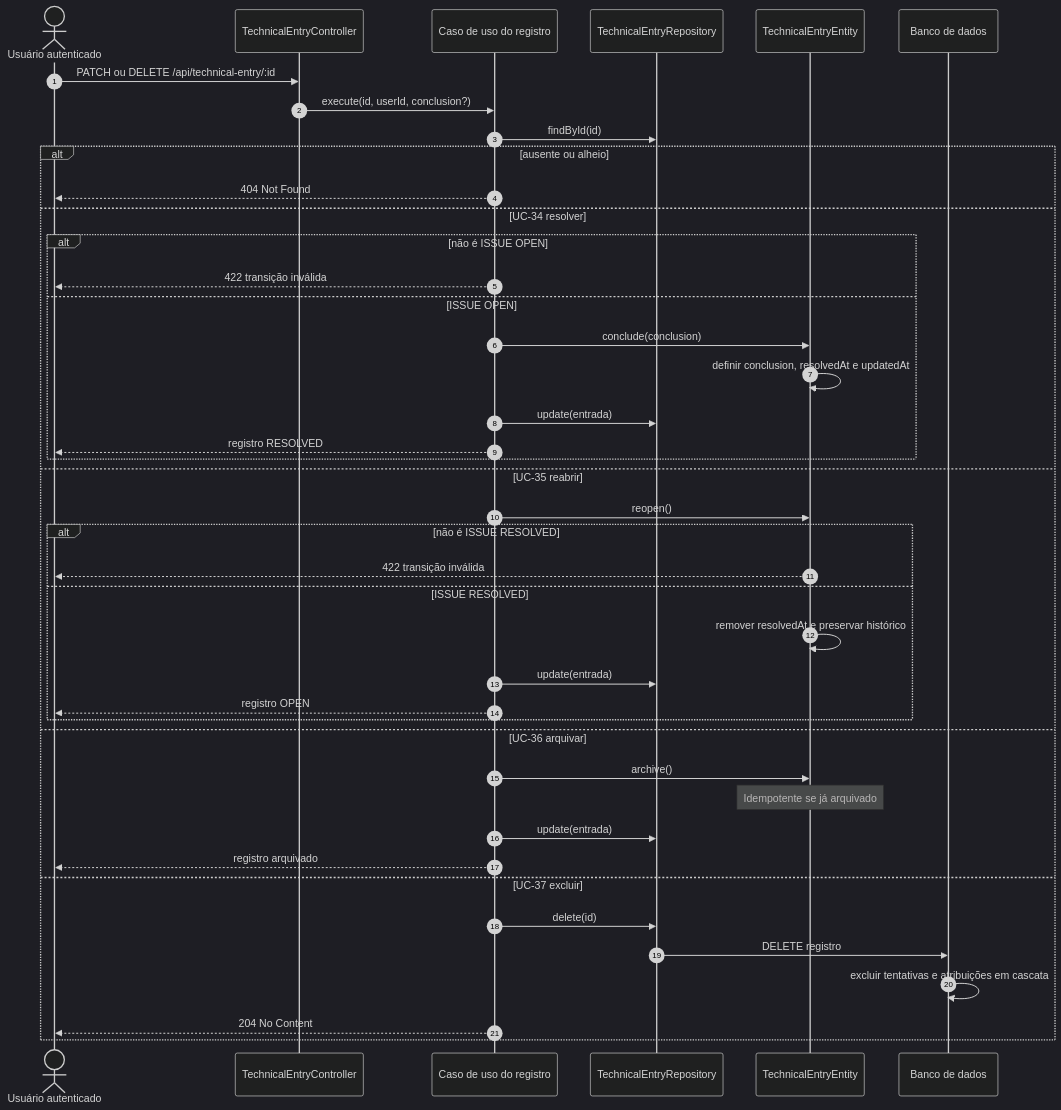
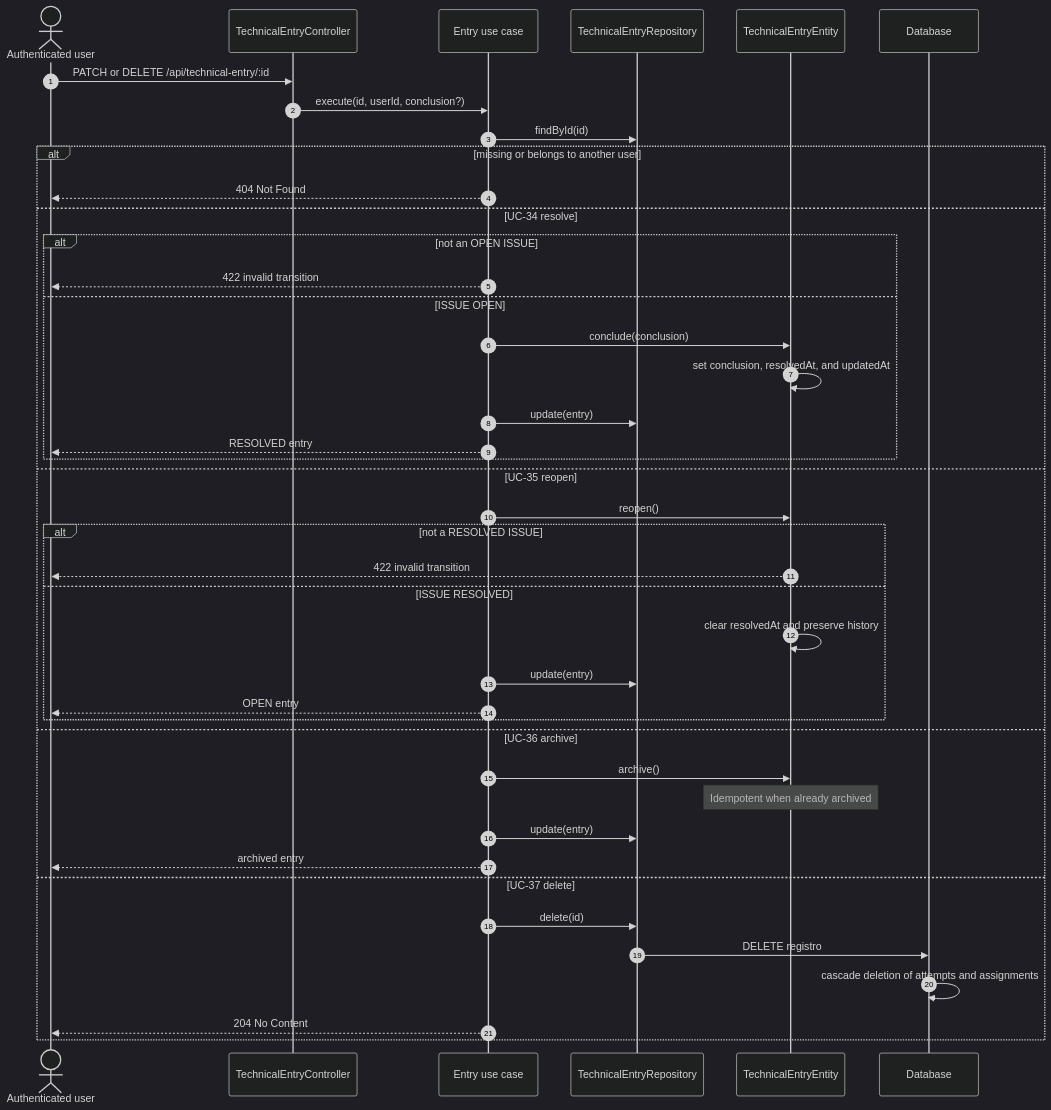
The fourth of 6 diagrams in docs/diagrams/sequences/technical-entries.md (Lucalopezz/DevLog), drawn with Mermaid (dark theme) before and after one commit. The commit also changed other lines of this file and 235 other files, not shown here.

````diff
--- a/docs/diagrams/sequences/technical-entries.md
+++ b/docs/diagrams/sequences/technical-entries.md
@@ -113,45 +113,45 @@
 ```mermaid
 sequenceDiagram
     autonumber
-    actor Usuario as Usuário autenticado
+    actor UserActor as Authenticated user
     participant C as TechnicalEntryController
-    participant UC as Caso de uso do registro
+    participant UC as Entry use case
     participant ERepo as TechnicalEntryRepository
     participant Entry as TechnicalEntryEntity
-    participant DB as Banco de dados
+    participant DB as Database
 
-    Usuario->>C: PATCH ou DELETE /api/technical-entry/:id
+    UserActor->>C: PATCH or DELETE /api/technical-entry/:id
     C->>UC: execute(id, userId, conclusion?)
     UC->>ERepo: findById(id)
-    alt ausente ou alheio
-        UC-->>Usuario: 404 Not Found
-    else UC-34 resolver
-        alt não é ISSUE OPEN
-            UC-->>Usuario: 422 transição inválida
+    alt missing or belongs to another user
+        UC-->>UserActor: 404 Not Found
+    else UC-34 resolve
+        alt not an OPEN ISSUE
+            UC-->>UserActor: 422 invalid transition
         else ISSUE OPEN
             UC->>Entry: conclude(conclusion)
-            Entry->>Entry: definir conclusion, resolvedAt e updatedAt
-            UC->>ERepo: update(entrada)
-            UC-->>Usuario: registro RESOLVED
+            Entry->>Entry: set conclusion, resolvedAt, and updatedAt
+            UC->>ERepo: update(entry)
+            UC-->>UserActor: RESOLVED entry
         end
-    else UC-35 reabrir
+    else UC-35 reopen
         UC->>Entry: reopen()
-        alt não é ISSUE RESOLVED
-            Entry-->>Usuario: 422 transição inválida
+        alt not a RESOLVED ISSUE
+            Entry-->>UserActor: 422 invalid transition
         else ISSUE RESOLVED
-            Entry->>Entry: remover resolvedAt e preservar histórico
-            UC->>ERepo: update(entrada)
-            UC-->>Usuario: registro OPEN
+            Entry->>Entry: clear resolvedAt and preserve history
+            UC->>ERepo: update(entry)
+            UC-->>UserActor: OPEN entry
         end
-    else UC-36 arquivar
+    else UC-36 archive
         UC->>Entry: archive()
-        Note over Entry: Idempotente se já arquivado
-        UC->>ERepo: update(entrada)
-        UC-->>Usuario: registro arquivado
-    else UC-37 excluir
+        Note over Entry: Idempotent when already archived
+        UC->>ERepo: update(entry)
+        UC-->>UserActor: archived entry
+    else UC-37 delete
         UC->>ERepo: delete(id)
         ERepo->>DB: DELETE registro
-        DB->>DB: excluir tentativas e atribuições em cascata
-        UC-->>Usuario: 204 No Content
+        DB->>DB: cascade deletion of attempts and assignments
+        UC-->>UserActor: 204 No Content
     end
 ```
````
